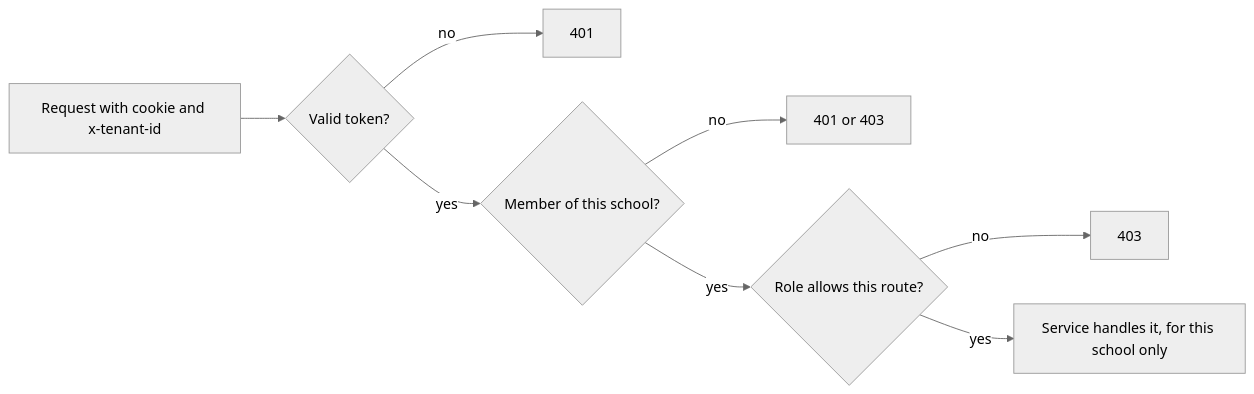
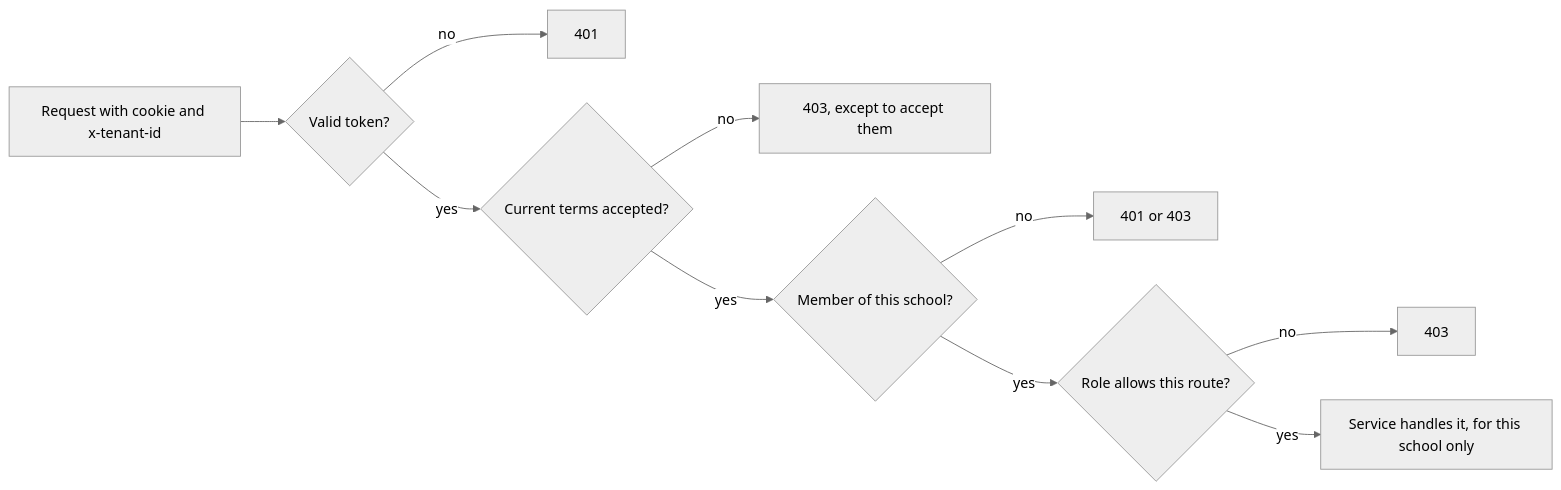
Before and after one commit to herrcristi/small-nodejs-service: the seventh of 8 diagrams in README.md, drawn with Mermaid (neutral theme). The commit also changed other lines of this file and 53 other files, not shown here.

````diff
--- a/README.md
+++ b/README.md
@@ -207,10 +208,12 @@
 ```mermaid
 flowchart LR
   r["Request with cookie and x-tenant-id"] --> t{"Valid token?"}
   t -->|"no"| e1["401"]
-  t -->|"yes"| m{"Member of this school?"}
+  t -->|"yes"| a{"Current terms accepted?"}
+  a -->|"no"| e4["403, except to accept them"]
+  a -->|"yes"| m{"Member of this school?"}
   m -->|"no"| e2["401 or 403"]
   m -->|"yes"| p{"Role allows this route?"}
   p -->|"no"| e3["403"]
   p -->|"yes"| s["Service handles it, for this school only"]
 ```
````
